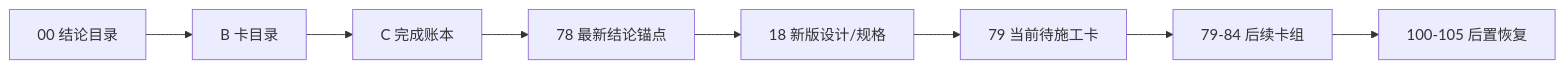
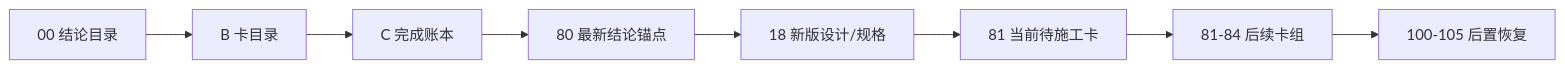
Before and after one commit to everything-is-simple/lifespan-0.01: the diagram in docs/03-execution/A-execution-reading-order-20260409.md, drawn with Mermaid. The commit also changed other lines of this file and 29 other files, not shown here.

````diff
--- a/docs/03-execution/A-execution-reading-order-20260409.md
+++ b/docs/03-execution/A-execution-reading-order-20260409.md
@@ -26,10 +26,10 @@
 ```mermaid
 flowchart LR
     CONC["00 结论目录"] --> BCAT["B 卡目录"]
     BCAT --> CLED["C 完成账本"]
-    CLED --> ANC["78 最新结论锚点"]
+    CLED --> ANC["80 最新结论锚点"]
     ANC --> DES["18 新版设计/规格"]
-    DES --> G79["79 当前待施工卡"]
-    G79 --> G84["79-84 后续卡组"]
+    DES --> G79["81 当前待施工卡"]
+    G79 --> G84["81-84 后续卡组"]
     G84 --> NEXT["100-105 后置恢复"]
 ```
````
